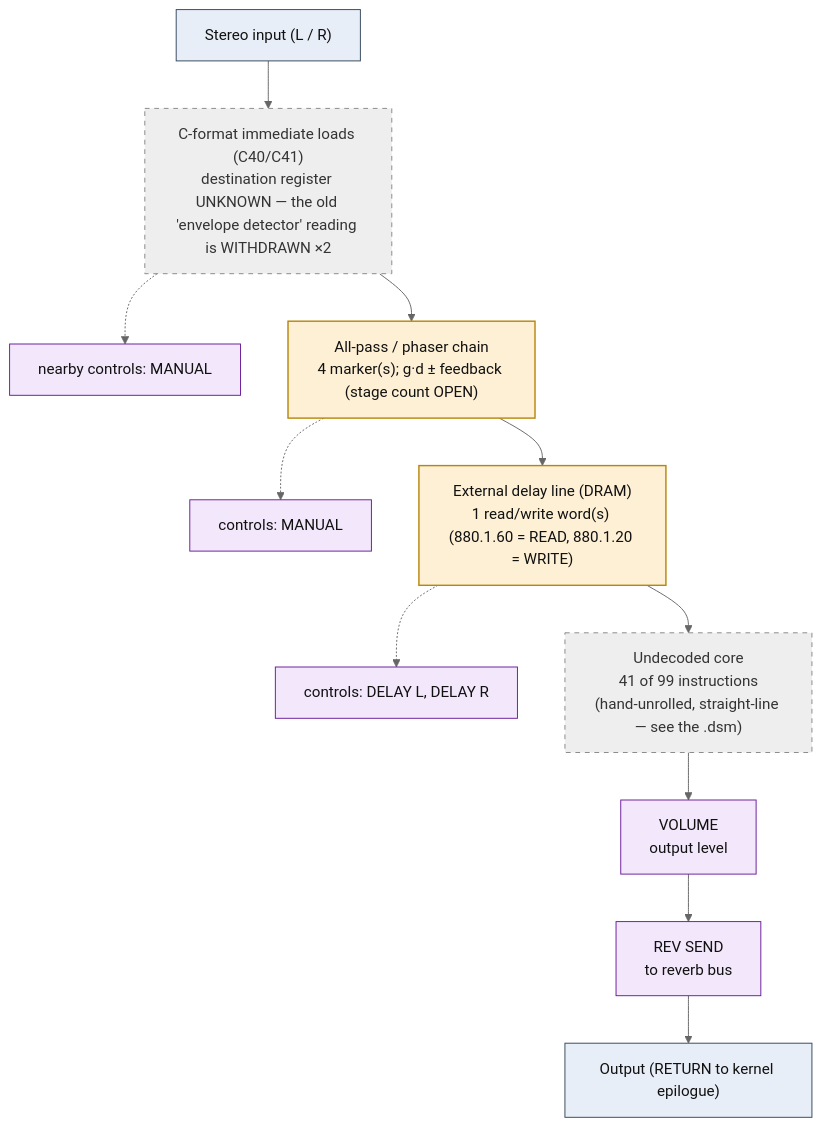
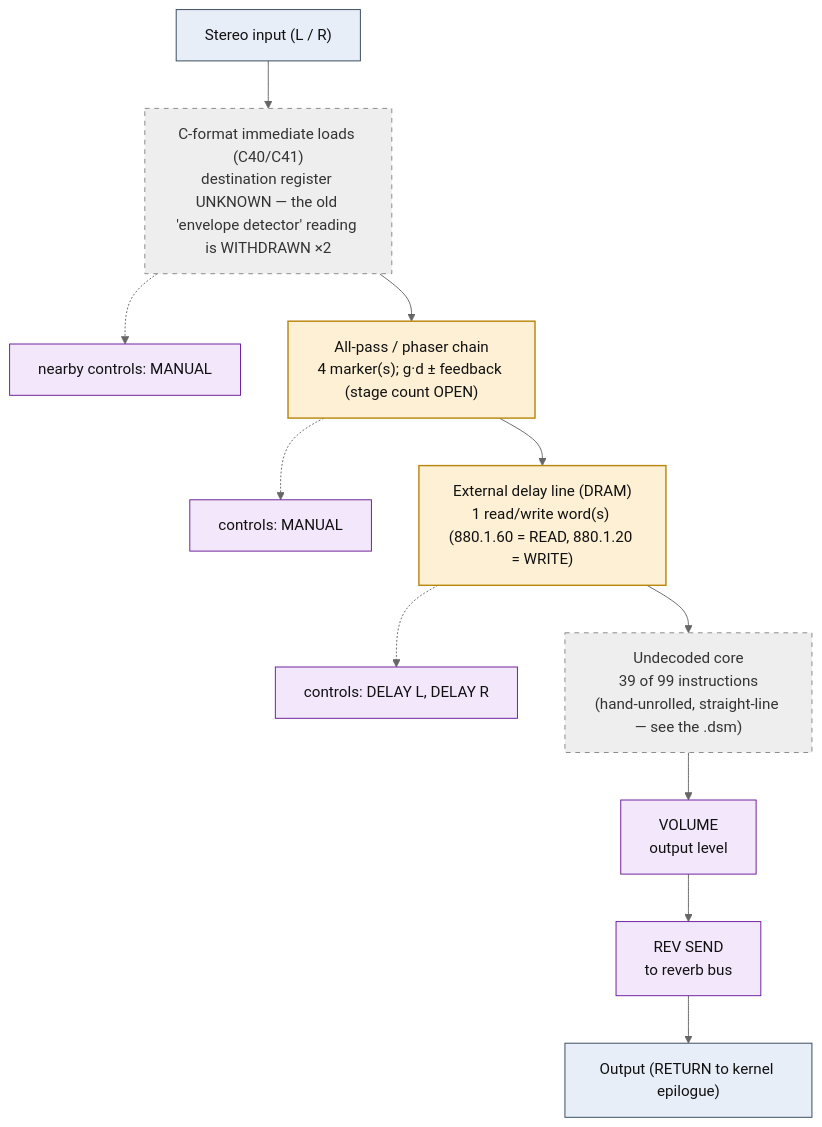
The diagram in dsp/flowcharts/prog03_enhancer.md (ArqueologiaDigital/kn5000-roms-disasm), drawn with Mermaid (neutral theme) before and after one commit. The commit also changed other lines of this file and 63 other files, not shown here.

````diff
--- a/dsp/flowcharts/prog03_enhancer.md
+++ b/dsp/flowcharts/prog03_enhancer.md
@@ -12,35 +12,35 @@
 ```mermaid
 flowchart TD
     N0["Stereo input (L / R)"]
     N1["C-format immediate loads (C40/C41)<br/>destination register UNKNOWN &mdash; the old 'envelope detector' reading is WITHDRAWN &times;2"]
     N0 --> N1
     N2["nearby controls: MANUAL"]
     N1 -.-> N2
     N3["All-pass / phaser chain<br/>4 marker(s); g&middot;d &plusmn; feedback (stage count OPEN)"]
     N1 --> N3
     N4["controls: MANUAL"]
     N3 -.-> N4
     N5["External delay line (DRAM)<br/>1 read/write word(s) (880.1.60 = READ, 880.1.20 = WRITE)"]
     N3 --> N5
     N6["controls: DELAY L, DELAY R"]
     N5 -.-> N6
-    N7["Undecoded core<br/>41 of 99 instructions<br/>(hand-unrolled, straight-line &mdash; see the .dsm)"]
+    N7["Undecoded core<br/>39 of 99 instructions<br/>(hand-unrolled, straight-line &mdash; see the .dsm)"]
     N5 --> N7
     N8["VOLUME<br/>output level"]
     N7 --> N8
     N9["REV SEND<br/>to reverb bus"]
     N8 --> N9
     N10["Output (RETURN to kernel epilogue)"]
     N9 --> N10
 
     classDef io fill:#e8eef7,stroke:#33475b,stroke-width:1px,color:#111;
     classDef proven fill:#d7f0d7,stroke:#2e7d32,stroke-width:2px,color:#111;
     classDef measured fill:#dbe9fb,stroke:#1565c0,stroke-width:1.5px,color:#111;
     classDef inferred fill:#fdf0d5,stroke:#b8860b,stroke-width:1.5px,color:#111;
     classDef open fill:#eeeeee,stroke:#888,stroke-width:1px,color:#333,stroke-dasharray:5 5;
     classDef ctrl fill:#f3e8fb,stroke:#6a1b9a,stroke-width:1px,color:#111;
     class N0,N10 io;
     class N1,N7 open;
     class N2,N4,N6,N8,N9 ctrl;
     class N3,N5 inferred;
 ```
````
